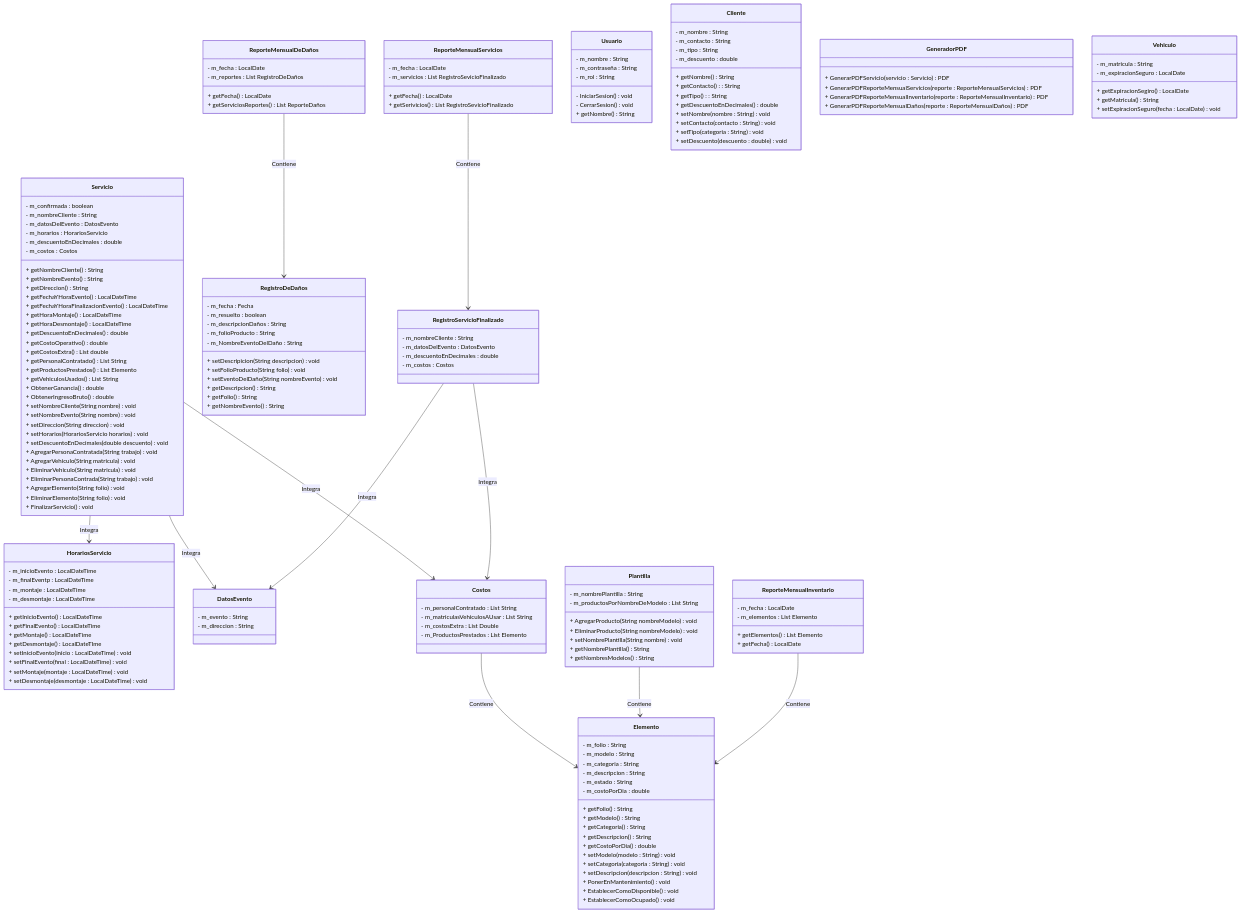
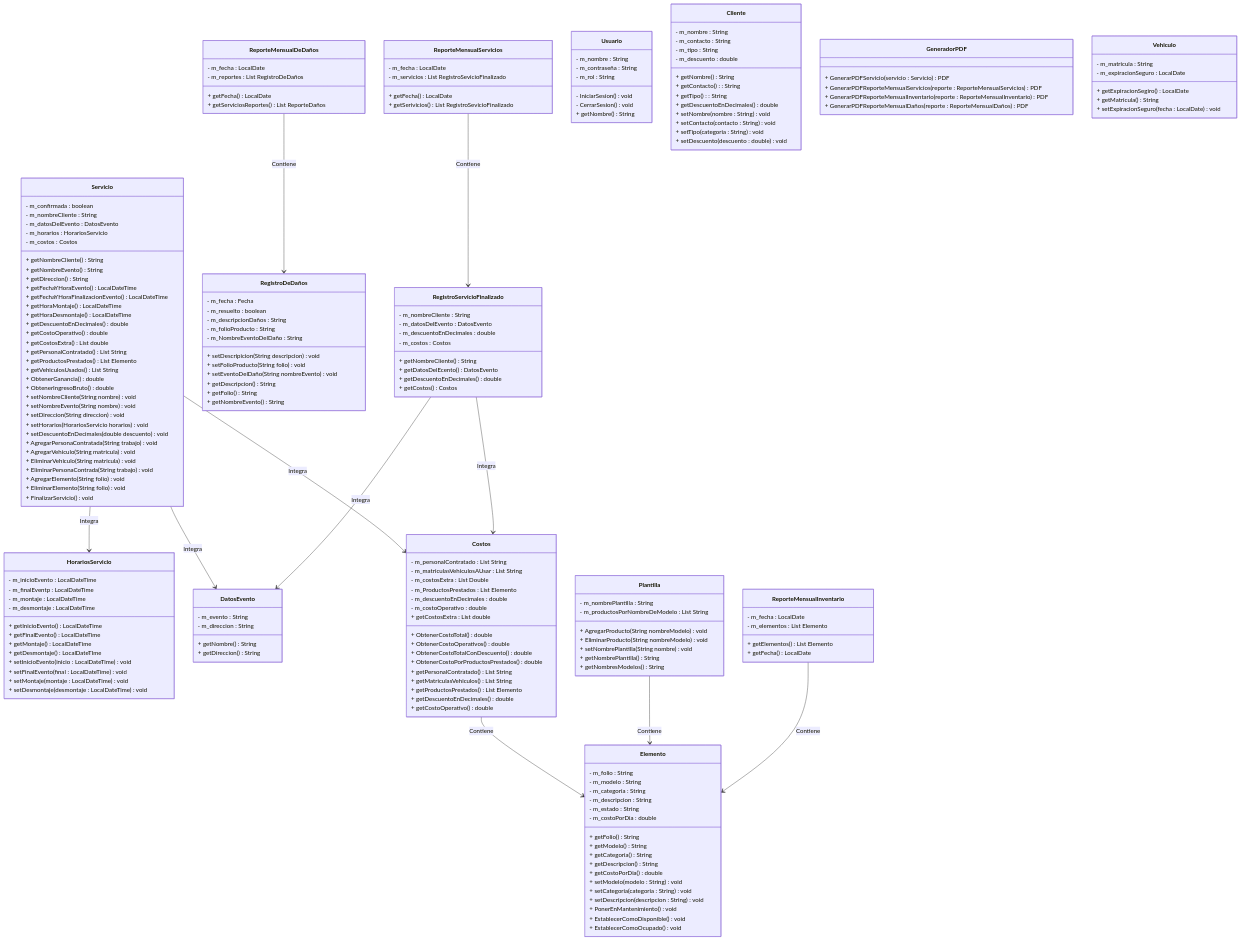
The diagram in Documentacion/Diagramas/DiagramaDeClases.mmd (JuanJoseVargasArvizu/ProyectoPromotoraEventos), drawn with Mermaid before and after one commit.

Commit message:
Actualizacion al diagrama de clases

```diff
--- a/Documentacion/Diagramas/DiagramaDeClases.mmd
+++ b/Documentacion/Diagramas/DiagramaDeClases.mmd
@@ -112,6 +112,8 @@
 class DatosEvento{
     - m_evento : String
     - m_direccion : String
+    + getNombre() String
+    + getDireccion() String
 }
 
 class Costos{
@@ -119,6 +121,20 @@
     - m_matriculasVehiculosAUsar : List String
     - m_costosExtra : List Double
     - m_ProductosPrestados : List Elemento
+    - m_descuentoEnDecimales : double
+    - m_costoOperativo : double
+
+    + ObtenerCostoTotal() double
+    + ObtenerCostoOperativos() double
+    + ObtenerCostoTotalConDescuento() double
+    + ObtenerCostoPorProductosPrestados() double
+
+    + getPersonalContratado() List String
+    + getMatriculasVehiculos() List String
+    + getCostosExtra : List double
+    + getProductosPrestados() List Elemento
+    + getDescuentoEnDecimales() double
+    + getCostoOperativo() double
 }
 
 class Servicio{
@@ -126,7 +142,6 @@
     - m_nombreCliente : String
     - m_datosDelEvento : DatosEvento 
     - m_horarios : HorariosServicio
-    - m_descuentoEnDecimales : double
     - m_costos : Costos
     
     
@@ -157,7 +172,6 @@
     + EliminarPersonaContrada(String trabajo) void
     + AgregarElemento(String folio) void
     + EliminarElemento(String folio) void
-
     + FinalizarServicio() void
 }
 
@@ -166,6 +180,10 @@
     - m_datosDelEvento : DatosEvento 
     - m_descuentoEnDecimales : double
     - m_costos : Costos
+    + getNombreCliente() String
+    + getDatosDelEcento() DatosEvento
+    + getDescuentoEnDecimales() double
+    + getCostos() Costos
 }
 
 class Vehiculo{
```
